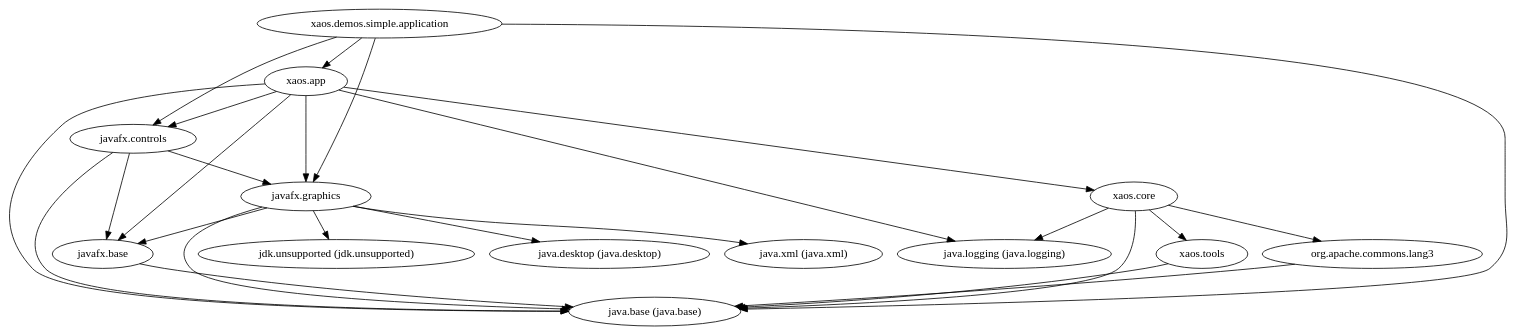
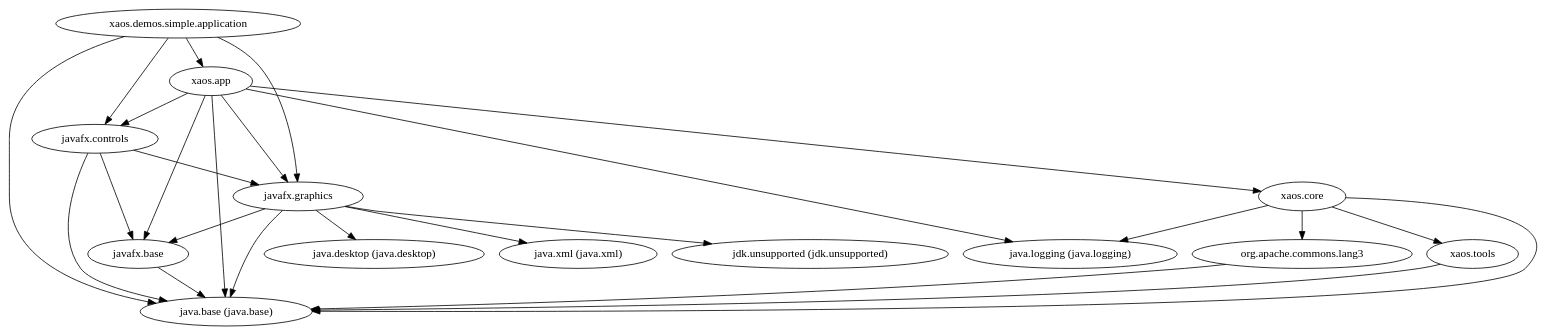
The diagram in xaos.demos.module/xaos.demos.simple.application.module/doc/module-dependencies.dot (ESSICS/XAOS), drawn with Graphviz before and after one commit. The commit also changed other lines of this file and 35 other files, not shown here.

```diff
--- a/xaos.demos.module/xaos.demos.simple.application.module/doc/module-dependencies.dot
+++ b/xaos.demos.module/xaos.demos.simple.application.module/doc/module-dependencies.dot
@@ -1,27 +1,27 @@
 digraph "summary" {
-  "javafx.controls"                                  -> "java.base (java.base)";
-  "javafx.controls"                                  -> "javafx.base";
-  "javafx.controls"                                  -> "javafx.graphics";
-  "xaos.tools"                                       -> "java.base (java.base)";
-  "xaos.demos.simple.application"                    -> "java.base (java.base)";
-  "xaos.demos.simple.application"                    -> "javafx.controls";
-  "xaos.demos.simple.application"                    -> "javafx.graphics";
-  "xaos.demos.simple.application"                    -> "xaos.app";
-  "org.apache.commons.lang3"                         -> "java.base (java.base)";
-  "xaos.core"                                        -> "java.base (java.base)";
-  "xaos.core"                                        -> "java.logging (java.logging)";
-  "xaos.core"                                        -> "org.apache.commons.lang3";
-  "xaos.core"                                        -> "xaos.tools";
-  "javafx.base"                                      -> "java.base (java.base)";
   "xaos.app"                                         -> "java.base (java.base)";
   "xaos.app"                                         -> "java.logging (java.logging)";
   "xaos.app"                                         -> "javafx.base";
   "xaos.app"                                         -> "javafx.controls";
   "xaos.app"                                         -> "javafx.graphics";
   "xaos.app"                                         -> "xaos.core";
+  "javafx.controls"                                  -> "java.base (java.base)";
+  "javafx.controls"                                  -> "javafx.base";
+  "javafx.controls"                                  -> "javafx.graphics";
+  "org.apache.commons.lang3"                         -> "java.base (java.base)";
+  "javafx.base"                                      -> "java.base (java.base)";
+  "xaos.core"                                        -> "java.base (java.base)";
+  "xaos.core"                                        -> "java.logging (java.logging)";
+  "xaos.core"                                        -> "org.apache.commons.lang3";
+  "xaos.core"                                        -> "xaos.tools";
+  "xaos.tools"                                       -> "java.base (java.base)";
+  "xaos.demos.simple.application"                    -> "java.base (java.base)";
+  "xaos.demos.simple.application"                    -> "javafx.controls";
+  "xaos.demos.simple.application"                    -> "javafx.graphics";
+  "xaos.demos.simple.application"                    -> "xaos.app";
   "javafx.graphics"                                  -> "java.base (java.base)";
   "javafx.graphics"                                  -> "java.desktop (java.desktop)";
   "javafx.graphics"                                  -> "java.xml (java.xml)";
   "javafx.graphics"                                  -> "javafx.base";
   "javafx.graphics"                                  -> "jdk.unsupported (jdk.unsupported)";
 }
```
